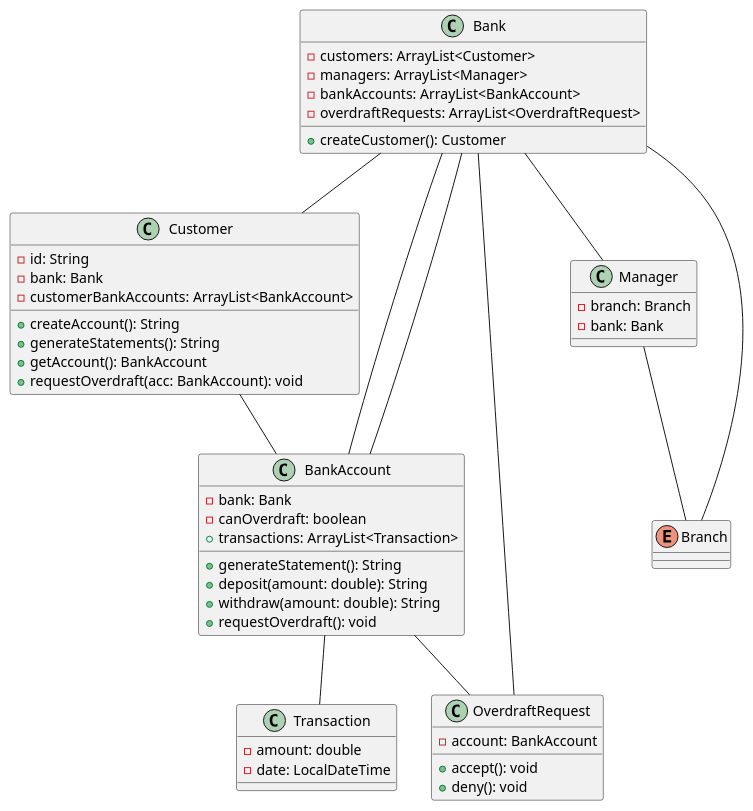
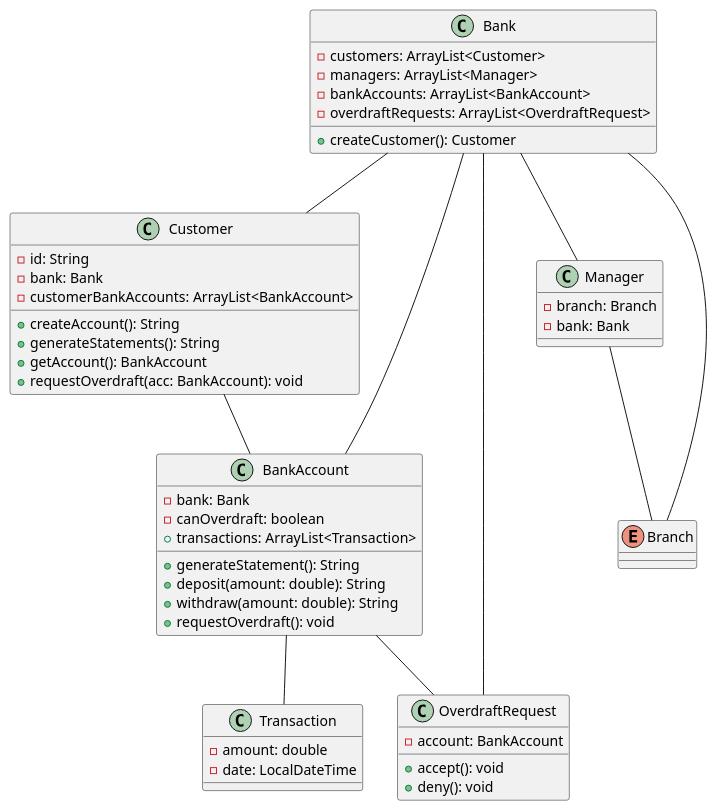
The diagram in DomainModel.puml (boolean-uk/java-tdd-oop-bank-challenge), drawn with PlantUML before and after one commit. The commit also changed 8 other files, not shown here.

```diff
--- a/DomainModel.puml
+++ b/DomainModel.puml
@@ -1,68 +1,67 @@
 @startuml
 class Customer{
     - id: String
     - bank: Bank
     - customerBankAccounts: ArrayList<BankAccount>
     + createAccount(): String
     + generateStatements(): String
     + getAccount(): BankAccount
     + requestOverdraft(acc: BankAccount): void
 }
 Customer -- BankAccount
 
 class BankAccount{
     - bank: Bank
     - canOverdraft: boolean
     + transactions: ArrayList<Transaction>
     + generateStatement(): String
     + deposit(amount: double): String
     + withdraw(amount: double): String
     + requestOverdraft(): void
 }
 
-Bank -- BankAccount
 BankAccount -- Transaction
 BankAccount -- OverdraftRequest
 
 
 class OverdraftRequest{
     - account: BankAccount
     + accept(): void
     + deny(): void
 }
 
 
 class Transaction{
     -amount: double
     -date: LocalDateTime
 }
 
 class Bank{
     - customers: ArrayList<Customer>
     - managers: ArrayList<Manager>
     - bankAccounts: ArrayList<BankAccount>
     - overdraftRequests: ArrayList<OverdraftRequest>
     + createCustomer(): Customer
 }
 Bank -- Customer
 Bank -- Manager
 Bank -- BankAccount
 Bank -- OverdraftRequest
 Bank -- Branch
 
 
 
 
 
 
 class Manager{
     - branch: Branch
     - bank: Bank
 
 
 }
 Manager -- Branch
 
 enum Branch{}
 
 @enduml
```
